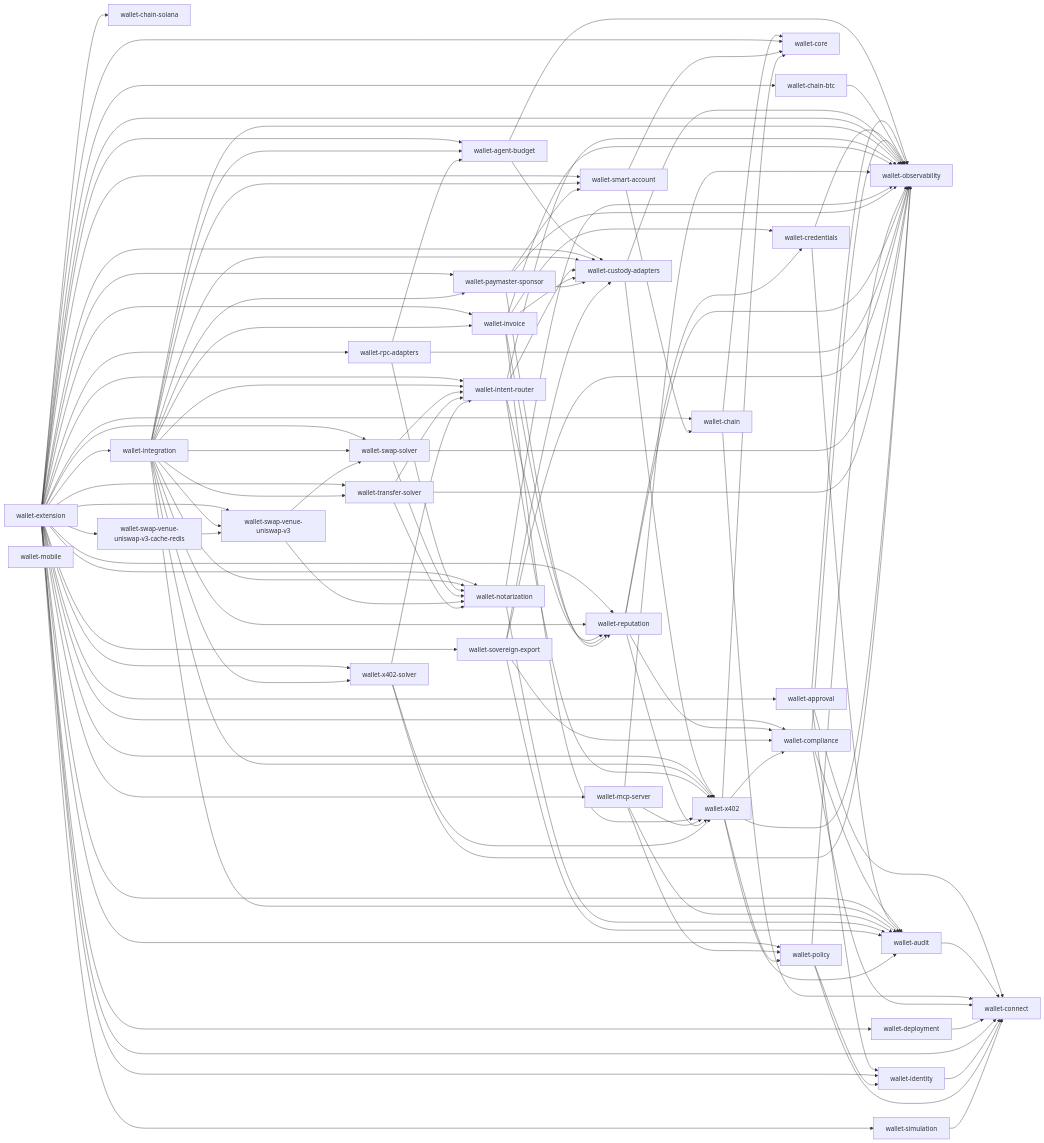
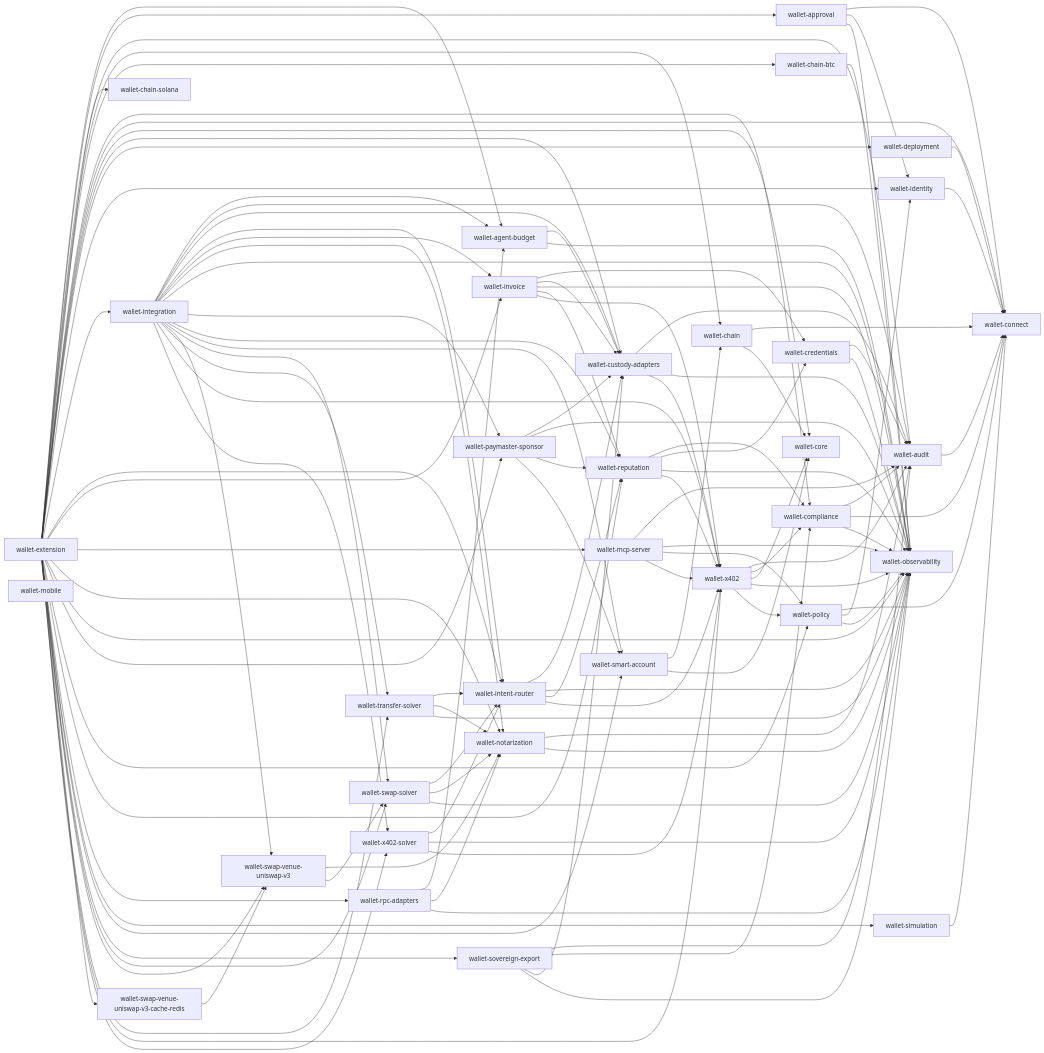
The diagram in reports/workspace-deps.mmd (aethelred-foundation/wallet), drawn with Mermaid before and after one commit. The commit also changed 1 other file, not shown here.

Commit message:
chore(reports): refresh workspace-deps after custody→audit dep (#151)
Regenerates the workspace dependency graph (json + mermaid) to
reflect the new custody-adapters → audit dependency added in #150.

Mechanically generated by the pre-commit hook; committed separately
as a cleanup so future contributors looking at reports/ see the
accurate graph.

```diff
--- a/reports/workspace-deps.mmd
+++ b/reports/workspace-deps.mmd
@@ -1,123 +1,124 @@
 flowchart LR
   wallet-agent-budget --> wallet-custody-adapters
   wallet-agent-budget --> wallet-observability
   wallet-approval --> wallet-connect
   wallet-approval --> wallet-identity
   wallet-approval --> wallet-observability
   wallet-audit --> wallet-connect
   wallet-chain --> wallet-connect
   wallet-chain --> wallet-core
   wallet-chain-btc --> wallet-observability
   wallet-chain-solana
   wallet-compliance --> wallet-audit
   wallet-compliance --> wallet-connect
   wallet-compliance --> wallet-observability
   wallet-connect
   wallet-core
   wallet-credentials --> wallet-audit
   wallet-credentials --> wallet-observability
+  wallet-custody-adapters --> wallet-audit
   wallet-custody-adapters --> wallet-observability
   wallet-custody-adapters --> wallet-x402
   wallet-deployment --> wallet-connect
   wallet-extension --> wallet-agent-budget
   wallet-extension --> wallet-approval
   wallet-extension --> wallet-audit
   wallet-extension --> wallet-chain
   wallet-extension --> wallet-chain-btc
   wallet-extension --> wallet-chain-solana
   wallet-extension --> wallet-compliance
   wallet-extension --> wallet-connect
   wallet-extension --> wallet-core
   wallet-extension --> wallet-custody-adapters
   wallet-extension --> wallet-deployment
   wallet-extension --> wallet-identity
   wallet-extension --> wallet-integration
   wallet-extension --> wallet-intent-router
   wallet-extension --> wallet-invoice
   wallet-extension --> wallet-mcp-server
   wallet-extension --> wallet-notarization
   wallet-extension --> wallet-observability
   wallet-extension --> wallet-paymaster-sponsor
   wallet-extension --> wallet-policy
   wallet-extension --> wallet-reputation
   wallet-extension --> wallet-rpc-adapters
   wallet-extension --> wallet-simulation
   wallet-extension --> wallet-smart-account
   wallet-extension --> wallet-sovereign-export
   wallet-extension --> wallet-swap-solver
   wallet-extension --> wallet-swap-venue-uniswap-v3
   wallet-extension --> wallet-swap-venue-uniswap-v3-cache-redis
   wallet-extension --> wallet-transfer-solver
   wallet-extension --> wallet-x402
   wallet-extension --> wallet-x402-solver
   wallet-identity --> wallet-connect
   wallet-integration --> wallet-agent-budget
   wallet-integration --> wallet-audit
   wallet-integration --> wallet-custody-adapters
   wallet-integration --> wallet-intent-router
   wallet-integration --> wallet-invoice
   wallet-integration --> wallet-notarization
   wallet-integration --> wallet-observability
   wallet-integration --> wallet-paymaster-sponsor
   wallet-integration --> wallet-reputation
   wallet-integration --> wallet-smart-account
   wallet-integration --> wallet-swap-solver
   wallet-integration --> wallet-swap-venue-uniswap-v3
   wallet-integration --> wallet-transfer-solver
   wallet-integration --> wallet-x402
   wallet-integration --> wallet-x402-solver
   wallet-intent-router --> wallet-custody-adapters
   wallet-intent-router --> wallet-observability
   wallet-intent-router --> wallet-reputation
   wallet-intent-router --> wallet-x402
   wallet-invoice --> wallet-credentials
   wallet-invoice --> wallet-custody-adapters
   wallet-invoice --> wallet-observability
   wallet-invoice --> wallet-reputation
   wallet-invoice --> wallet-x402
   wallet-mcp-server --> wallet-audit
   wallet-mcp-server --> wallet-observability
   wallet-mcp-server --> wallet-policy
   wallet-mcp-server --> wallet-x402
   wallet-mobile
   wallet-notarization --> wallet-audit
   wallet-notarization --> wallet-observability
   wallet-observability
   wallet-paymaster-sponsor --> wallet-custody-adapters
   wallet-paymaster-sponsor --> wallet-observability
   wallet-paymaster-sponsor --> wallet-reputation
   wallet-paymaster-sponsor --> wallet-smart-account
   wallet-policy --> wallet-connect
   wallet-policy --> wallet-identity
   wallet-policy --> wallet-observability
   wallet-reputation --> wallet-compliance
   wallet-reputation --> wallet-credentials
   wallet-reputation --> wallet-observability
   wallet-reputation --> wallet-x402
   wallet-rpc-adapters --> wallet-agent-budget
   wallet-rpc-adapters --> wallet-notarization
   wallet-rpc-adapters --> wallet-observability
   wallet-simulation --> wallet-connect
   wallet-smart-account --> wallet-chain
   wallet-smart-account --> wallet-core
   wallet-sovereign-export --> wallet-audit
   wallet-sovereign-export --> wallet-compliance
   wallet-sovereign-export --> wallet-custody-adapters
   wallet-sovereign-export --> wallet-observability
   wallet-swap-solver --> wallet-intent-router
   wallet-swap-solver --> wallet-notarization
   wallet-swap-solver --> wallet-observability
   wallet-swap-venue-uniswap-v3 --> wallet-notarization
   wallet-swap-venue-uniswap-v3 --> wallet-swap-solver
   wallet-swap-venue-uniswap-v3-cache-redis --> wallet-swap-venue-uniswap-v3
   wallet-transfer-solver --> wallet-intent-router
   wallet-transfer-solver --> wallet-notarization
   wallet-transfer-solver --> wallet-observability
   wallet-x402 --> wallet-audit
   wallet-x402 --> wallet-compliance
   wallet-x402 --> wallet-core
   wallet-x402 --> wallet-observability
   wallet-x402 --> wallet-policy
   wallet-x402-solver --> wallet-intent-router
   wallet-x402-solver --> wallet-observability
   wallet-x402-solver --> wallet-x402
```
